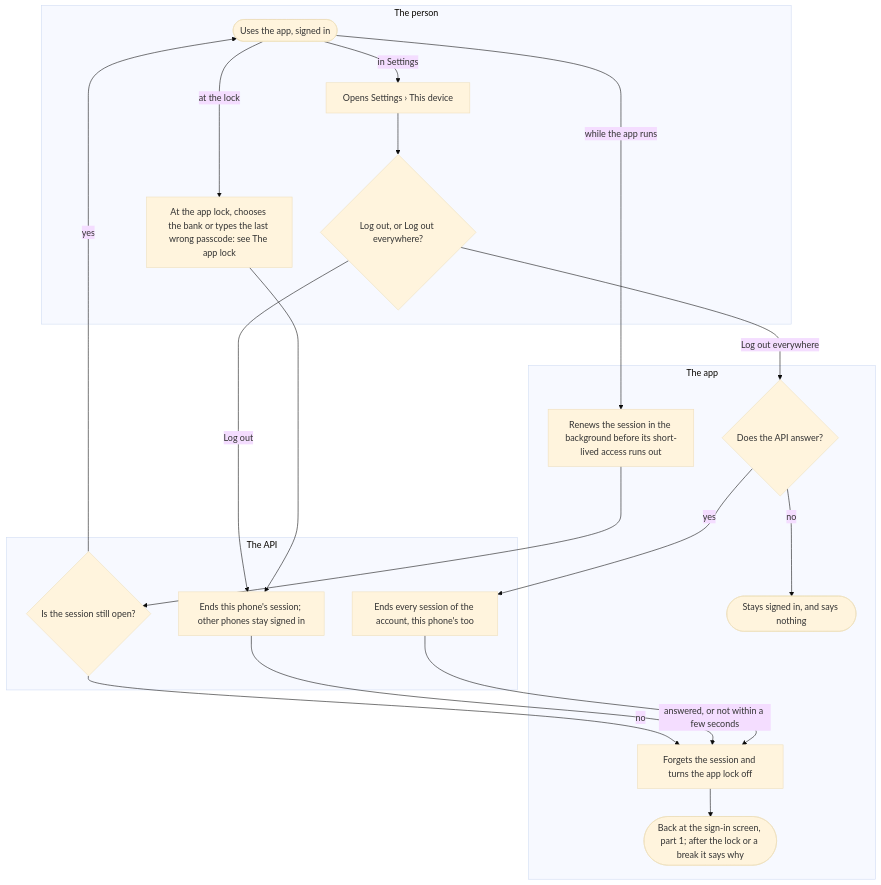
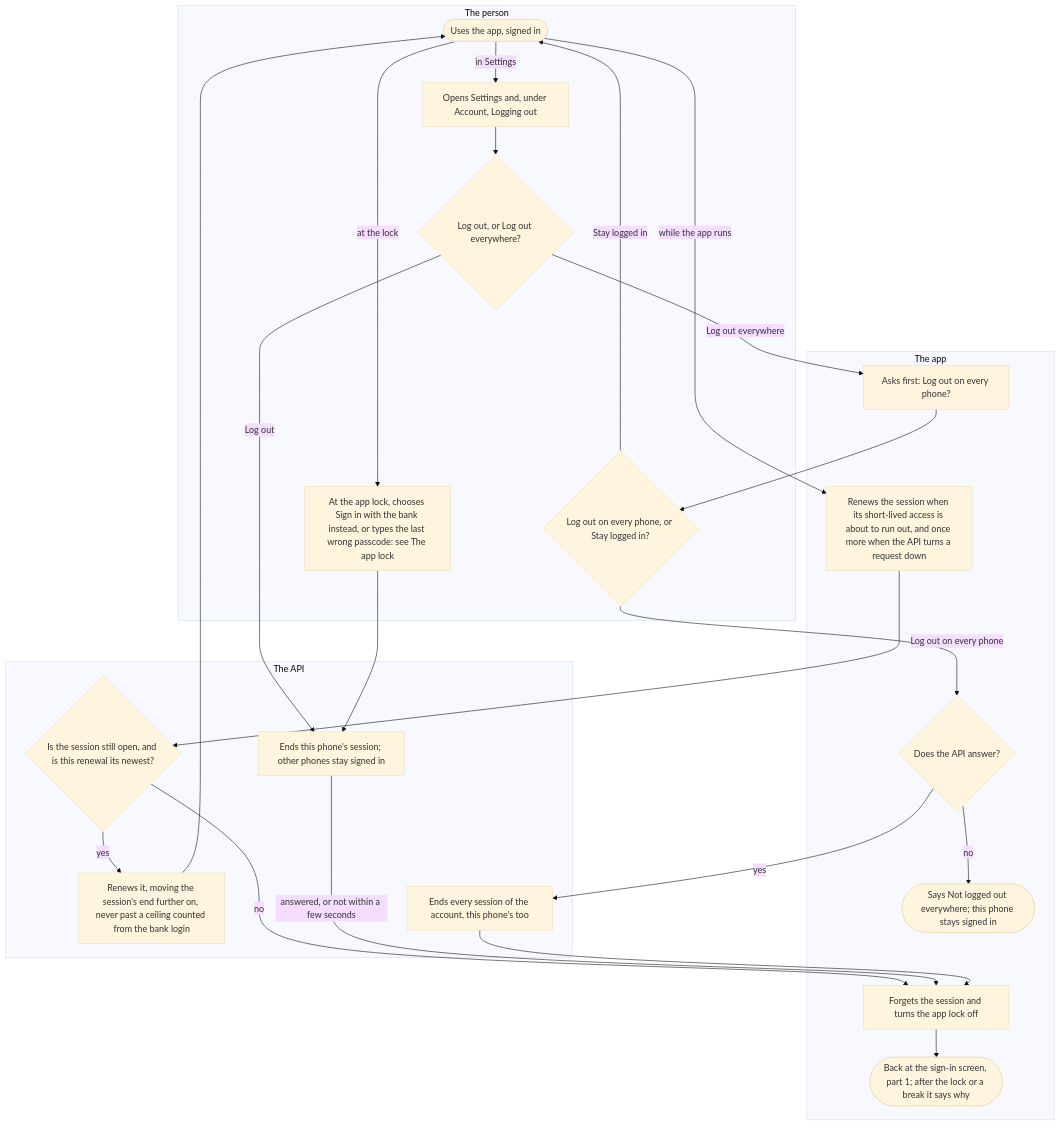
One commit to kuutti-ry/kuutti-app changed the second of 2 diagrams in docs/flows/sign-in.md. Above: the diagram before and after it, drawn with Mermaid (base theme). The commit also changed other lines of this file and 41 other files, not shown here.

First line of the commit message:
Redraw the user flows against today's main, held by check:docs

````diff
--- a/docs/flows/sign-in.md
+++ b/docs/flows/sign-in.md
@@ -95,38 +114,45 @@
 ```mermaid
 flowchart TB
   accTitle: Signing in, part 2: sessions and logging out
-  accDescr: While the app runs it renews the session in the background. A session ended elsewhere, by a sanction, a break, a deletion or a reused renewal sends the phone back to the sign-in. In Settings, This device, Log out ends this phone's session and Log out everywhere ends every session of the account. The app lock's way out signs the phone out as Log out does. Each sign-out forgets the session and turns the app lock off.
+  accDescr: While the app runs it renews the session when its short-lived access is about to run out, and each renewal moves the session's end further on, never past a ceiling counted from the bank login. A session ended elsewhere, by a sanction, a break, a deletion, an earlier renewal presented again or by time sends the phone back to the sign-in. In Settings, under Logging out, Log out ends this phone's session and Log out everywhere, after asking, ends every session of the account. The app lock's way out signs the phone out as Log out does. Each sign-out forgets the session and turns the app lock off.
   subgraph person["The person"]
-    s22(["Uses the app, signed in"])
-    s25["Opens Settings › This device"]
+    s21(["Uses the app, signed in"])
+    s25["Opens Settings and, under Account, Logging out"]
     s26{"Log out, or Log out everywhere?"}
-    s27["At the app lock, chooses the bank or types the last wrong passcode: see The app lock"]
+    s27["At the app lock, chooses Sign in with the bank instead, or types the last wrong passcode: see The app lock"]
+    s30{"Log out on every phone, or Stay logged in?"}
   end
   subgraph app["The app"]
-    s23["Renews the session in the background before its short-lived access runs out"]
-    s29{"Does the API answer?"}
-    s30(["Stays signed in, and says nothing"])
-    s32["Forgets the session and turns the app lock off"]
-    s33(["Back at the sign-in screen, part 1; after the lock or a break it says why"])
+    s22["Renews the session when its short-lived access is about to run out, and once more when the API turns a request down"]
+    s29["Asks first: Log out on every phone?"]
+    s31{"Does the API answer?"}
+    s32(["Says Not logged out everywhere; this phone stays signed in"])
+    s34["Forgets the session and turns the app lock off"]
+    s35(["Back at the sign-in screen, part 1; after the lock or a break it says why"])
   end
   subgraph api["The API"]
-    s24{"Is the session still open?"}
+    s23{"Is the session still open, and is this renewal its newest?"}
+    s24["Renews it, moving the session's end further on, never past a ceiling counted from the bank login"]
     s28["Ends this phone's session; other phones stay signed in"]
-    s31["Ends every session of the account, this phone's too"]
+    s33["Ends every session of the account, this phone's too"]
   end
-  s22 -->|"while the app runs"| s23
-  s23 --> s24
-  s24 -->|"yes"| s22
-  s24 -->|"no"| s32
-  s22 -->|"in Settings"| s25
-  s22 -->|"at the lock"| s27
+  s21 -->|"while the app runs"| s22
+  s22 --> s23
+  s23 -->|"yes"| s24
+  s24 --> s21
+  s23 -->|"no"| s34
+  s21 -->|"in Settings"| s25
+  s21 -->|"at the lock"| s27
   s25 --> s26
   s26 -->|"Log out"| s28
   s26 -->|"Log out everywhere"| s29
   s27 --> s28
-  s28 -->|"answered, or not within a few seconds"| s32
-  s29 -->|"no"| s30
-  s29 -->|"yes"| s31
-  s31 --> s32
-  s32 --> s33
+  s28 -->|"answered, or not within a few seconds"| s34
+  s29 --> s30
+  s30 -->|"Stay logged in"| s21
+  s30 -->|"Log out on every phone"| s31
+  s31 -->|"no"| s32
+  s31 -->|"yes"| s33
+  s33 --> s34
+  s34 --> s35
 ```
````
